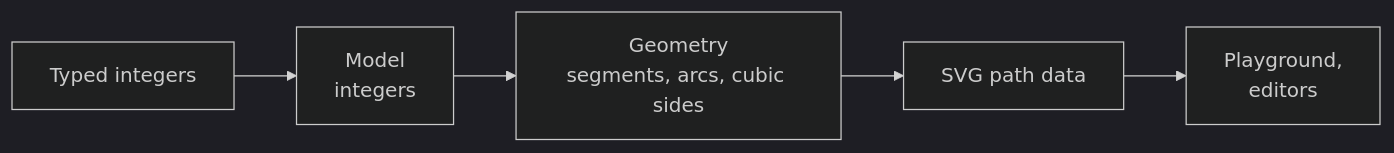
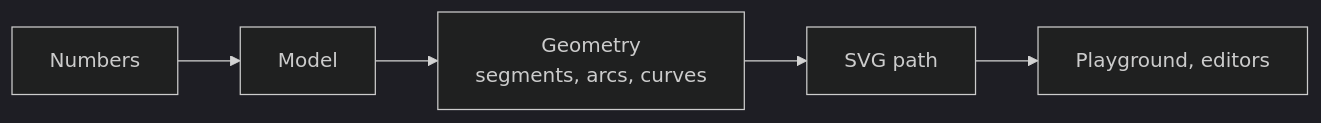
One commit to AlexandreGallais/synoptic-studio changed the diagram in README.md. Above: the diagram before and after it, drawn with Mermaid (dark theme). The commit also changed other lines of this file and 11 other files, not shown here.

````diff
--- a/README.md
+++ b/README.md
@@ -17,7 +16,7 @@
 ```mermaid
 flowchart LR
-  I[Typed integers] --> M[Model<br/>integers]
-  M --> G[Geometry<br/>segments, arcs, cubic sides]
-  G --> S[SVG path data]
-  S --> P[Playground,<br/>editors]
+  N[Numbers] --> M[Model]
+  M --> G[Geometry<br/>segments, arcs, curves]
+  G --> S[SVG path]
+  S --> E[Playground, editors]
 ```
````
